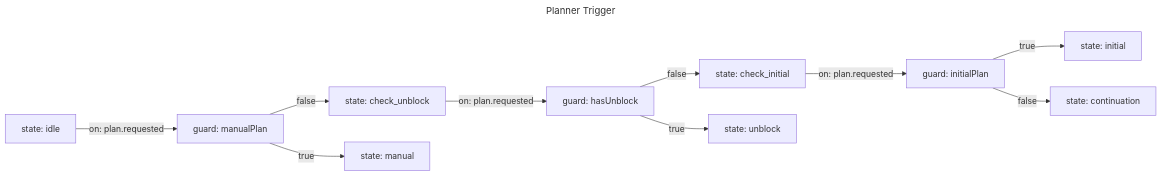
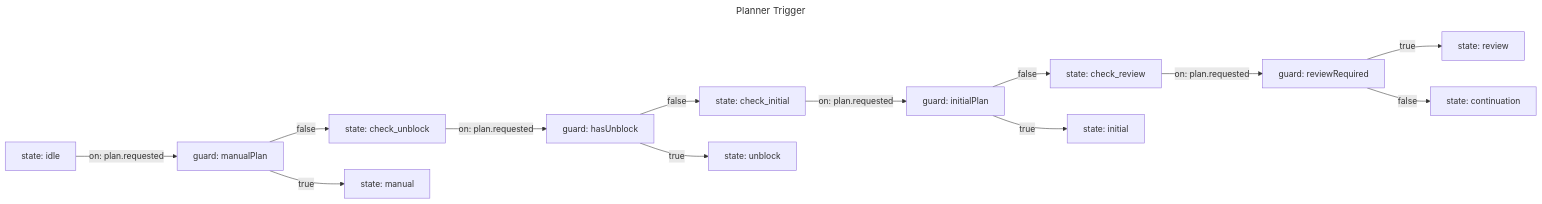
The diagram in workflow/planner-trigger.mmd (lalalic/agents-relay), drawn with Mermaid before and after one commit. The commit also changed 23 other files, not shown here.

```diff
--- a/workflow/planner-trigger.mmd
+++ b/workflow/planner-trigger.mmd
@@ -1,29 +1,36 @@
 ---
 title: Planner Trigger
 description: Classifies planning requests as manual, unblock, initial, or continuation.
 ---
 flowchart LR
 %% relay: initial idle
 idle["state: idle"]
 checkUnblock["state: check_unblock"]
 checkInitial["state: check_initial"]
+checkReview["state: check_review"]
 manual["state: manual"]
 unblock["state: unblock"]
 initial["state: initial"]
 continuation["state: continuation"]
+review["state: review"]
 
 manualGuard["guard: manualPlan"]
 unblockGuard["guard: hasUnblock"]
 initialGuard["guard: initialPlan"]
+reviewGuard["guard: reviewRequired"]
 
 idle -->|on: plan.requested| manualGuard
 manualGuard -->|true| manual
 manualGuard -->|false| checkUnblock
 
 checkUnblock -->|on: plan.requested| unblockGuard
 unblockGuard -->|true| unblock
 unblockGuard -->|false| checkInitial
 
 checkInitial -->|on: plan.requested| initialGuard
 initialGuard -->|true| initial
-initialGuard -->|false| continuation
+initialGuard -->|false| checkReview
+
+checkReview -->|on: plan.requested| reviewGuard
+reviewGuard -->|true| review
+reviewGuard -->|false| continuation
```
